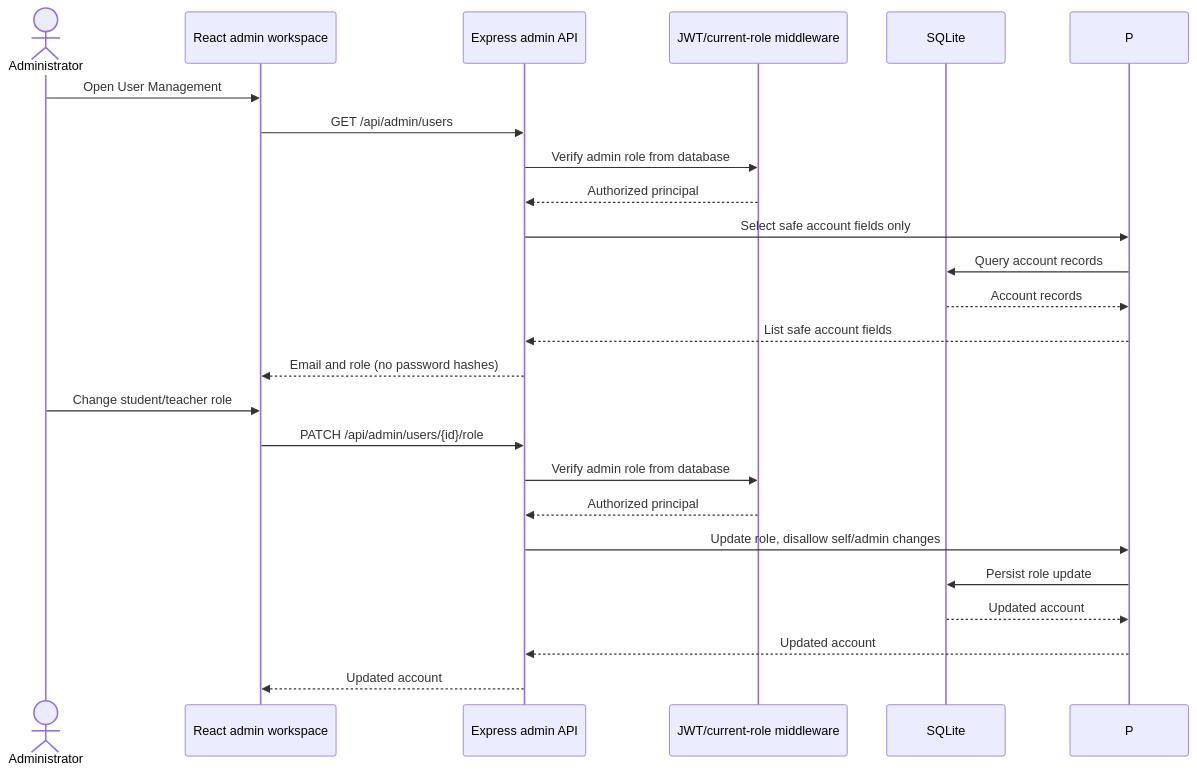
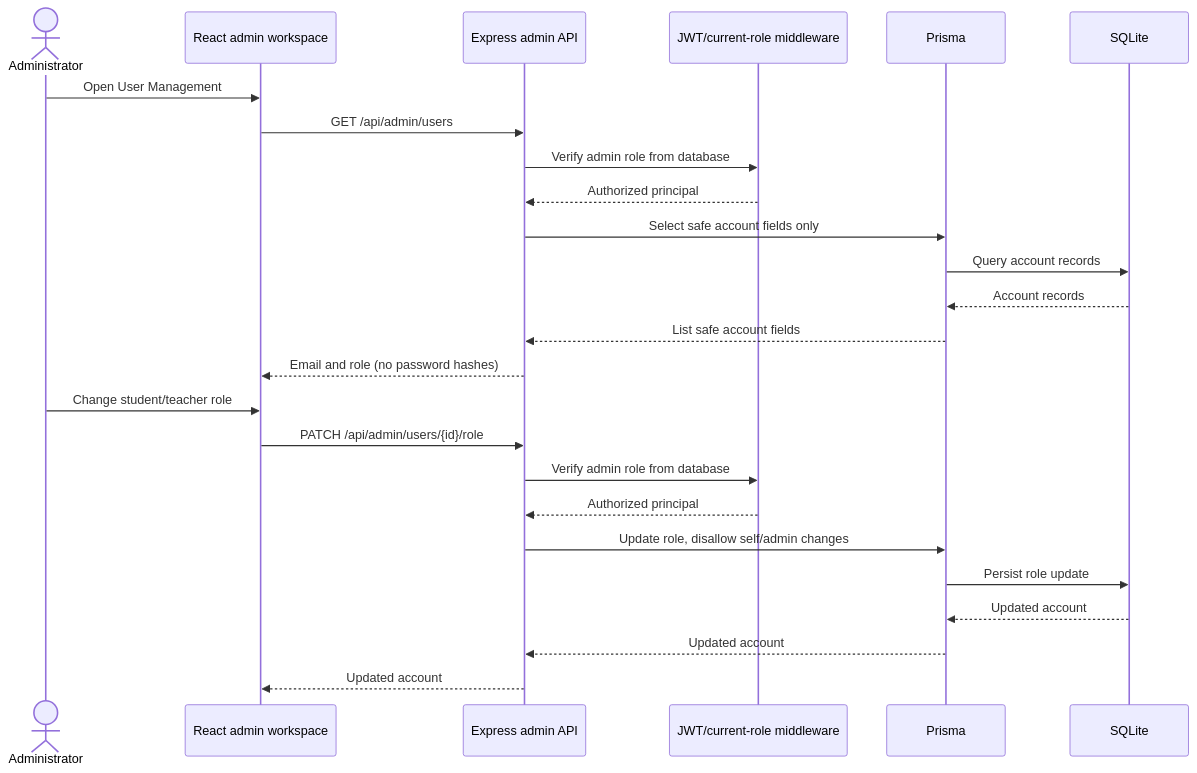
Before and after one commit to AbbasMSadikot/Online-Quiz-System: the fifth of 5 diagrams in docs/4-Architecture-and-Design/diagrams.md, drawn with Mermaid. The commit also changed other lines of this file and 11 other files, not shown here.

Commit message:
Shuffle quiz attempts and document system architecture

````diff
--- a/docs/4-Architecture-and-Design/diagrams.md
+++ b/docs/4-Architecture-and-Design/diagrams.md
@@ -122,26 +123,27 @@
 ```mermaid
 sequenceDiagram
   actor U as Administrator
   participant W as React admin workspace
   participant A as Express admin API
   participant M as JWT/current-role middleware
+  participant P as Prisma
   participant D as SQLite
   U->>W: Open User Management
   W->>A: GET /api/admin/users
   A->>M: Verify admin role from database
   M-->>A: Authorized principal
   A->>P: Select safe account fields only
   P->>D: Query account records
   D-->>P: Account records
   P-->>A: List safe account fields
   A-->>W: Email and role (no password hashes)
   U->>W: Change student/teacher role
   W->>A: PATCH /api/admin/users/{id}/role
   A->>M: Verify admin role from database
   M-->>A: Authorized principal
   A->>P: Update role, disallow self/admin changes
   P->>D: Persist role update
   D-->>P: Updated account
   P-->>A: Updated account
   A-->>W: Updated account
 ```
````
